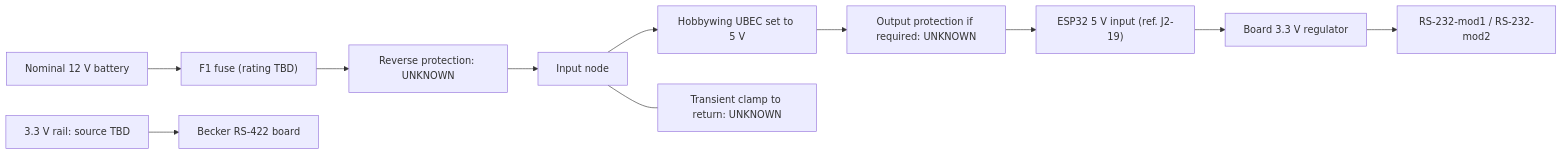
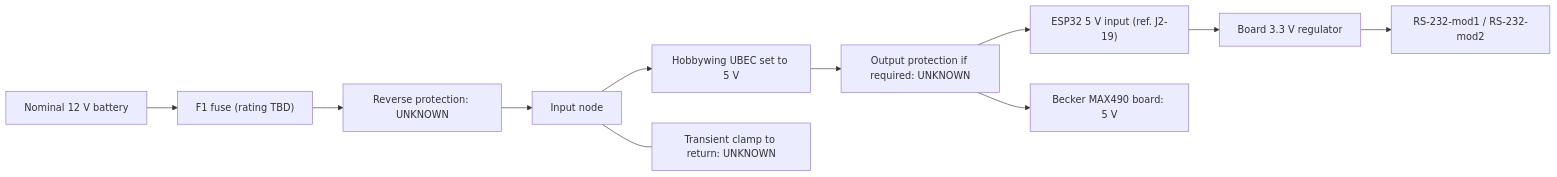
The second of 2 diagrams in docs/connections.md (MomoRC-tech/Becker-AR6201-to-OpenSoar), drawn with Mermaid before and after one commit. The commit also changed other lines of this file and 6 other files, not shown here.

Commit message:
Document selected MAX490 board and UART voltage limits

````diff
--- a/docs/connections.md
+++ b/docs/connections.md
@@ -125,11 +125,11 @@
 ```mermaid
 flowchart LR
     S["Nominal 12 V battery"] --> F1["F1 fuse (rating TBD)"]
     F1 --> P["Reverse protection: UNKNOWN"]
     P --> I[Input node] --> B["Hobbywing UBEC set to 5 V"]
     I --- T["Transient clamp to return: UNKNOWN"]
     B --> V["Output protection if required: UNKNOWN"] --> E["ESP32 5 V input (ref. J2-19)"]
     E --> R[Board 3.3 V regulator]
     R --> C["RS-232-mod1 / RS-232-mod2"]
-    TBD["3.3 V rail: source TBD"] --> Q["Becker RS-422 board"]
+    V --> Q["Becker MAX490 board: 5 V"]
 ```
````
